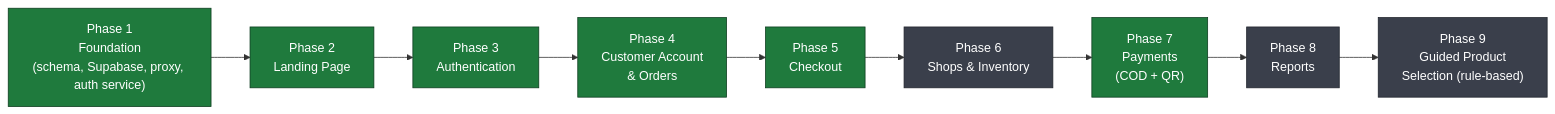
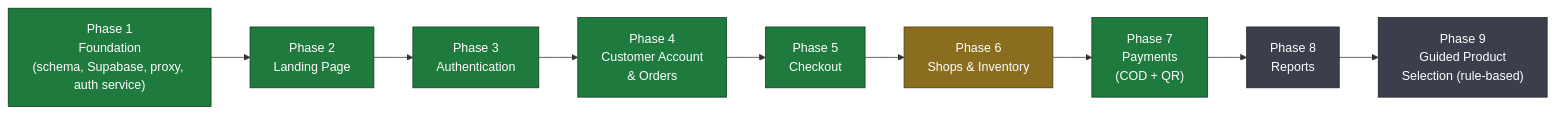
The first of 3 diagrams in README.md (Manuel00216/RobertJ-OnlineShop), drawn with Mermaid before and after one commit. The commit also changed other lines of this file and 38 other files, not shown here.

````diff
--- a/README.md
+++ b/README.md
@@ -201,19 +201,21 @@
 ```mermaid
 flowchart LR
     P1["Phase 1<br/>Foundation<br/>(schema, Supabase, proxy, auth service)"]
     P2["Phase 2<br/>Landing Page"]
     P3["Phase 3<br/>Authentication"]
     P4["Phase 4<br/>Customer Account<br/>& Orders"]
     P5["Phase 5<br/>Checkout"]
     P6["Phase 6<br/>Shops & Inventory"]
     P7["Phase 7<br/>Payments<br/>(COD + QR)"]
     P8["Phase 8<br/>Reports"]
     P9["Phase 9<br/>Guided Product<br/>Selection (rule-based)"]
 
     P1 --> P2 --> P3 --> P4 --> P5 --> P6 --> P7 --> P8 --> P9
 
     classDef done fill:#1f7a3d,stroke:#0d3d1f,color:#fff;
     classDef todo fill:#3a3f4b,stroke:#20242c,color:#fff;
+    classDef partial fill:#8a6d1f,stroke:#4d3c10,color:#fff;
     class P1,P2,P3,P4,P5,P7 done;
-    class P6,P8,P9 todo;
+    class P6 partial;
+    class P8,P9 todo;
 ```
````
